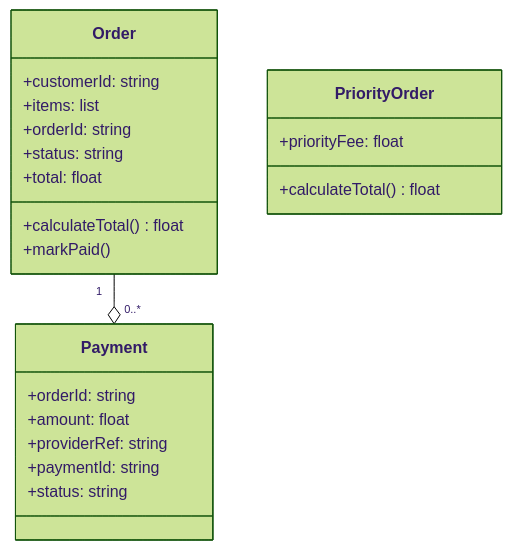
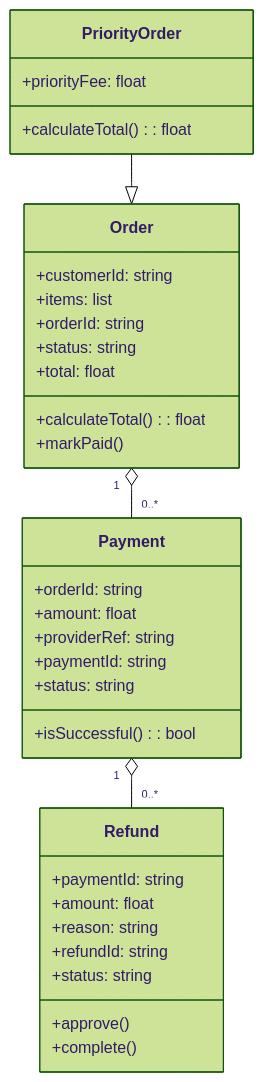
One commit to matzatezalo/local_arcbot_testing changed the diagram in docs/architecture/uml_domain_model.md. Above: the diagram before and after it, drawn with Mermaid (forest theme). The commit also changed other lines of this file and 3 other files, not shown here.

Commit message:
Update architecture diagrams

````diff
--- a/docs/architecture/uml_domain_model.md
+++ b/docs/architecture/uml_domain_model.md
@@ -8,27 +9,36 @@
 ```mermaid
 classDiagram
     class Order {
         +customerId: string
         +items: list
         +orderId: string
         +status: string
         +total: float
-        +calculateTotal() float
+        +calculateTotal(): float
         +markPaid()
     }
-
     class PriorityOrder {
         +priorityFee: float
-        +calculateTotal() float
+        +calculateTotal(): float
     }
-
     class Payment {
         +orderId: string
         +amount: float
         +providerRef: string
         +paymentId: string
         +status: string
+        +isSuccessful(): bool
     }
-
-    Order "1" --o "0..*" Payment
+    class Refund {
+        +paymentId: string
+        +amount: float
+        +reason: string
+        +refundId: string
+        +status: string
+        +approve()
+        +complete()
+    }
+    Order "1" o-- "0..*" Payment
+    Payment "1" o-- "0..*" Refund
+    PriorityOrder --|> Order
 ```
````
